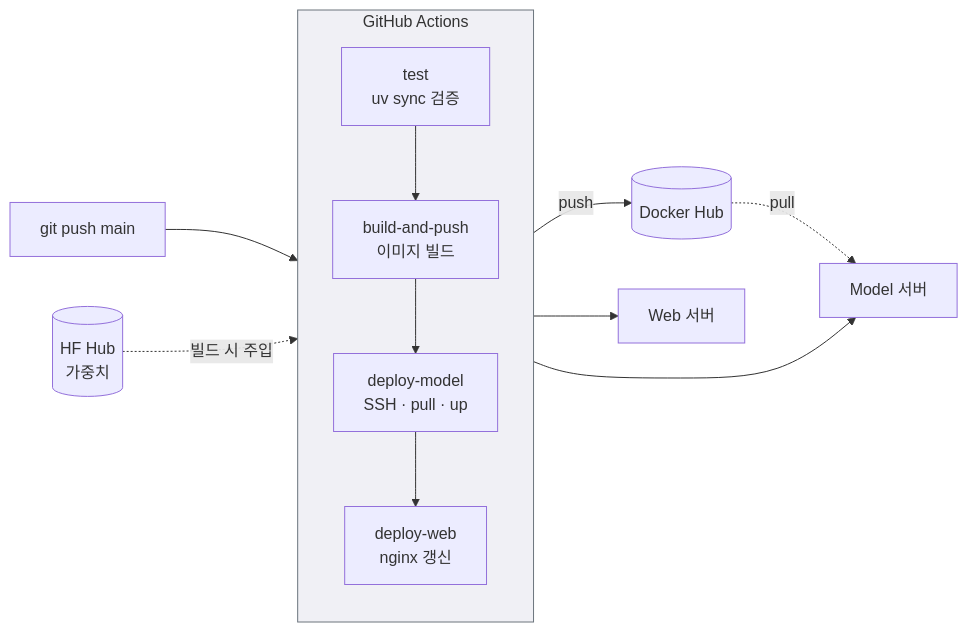
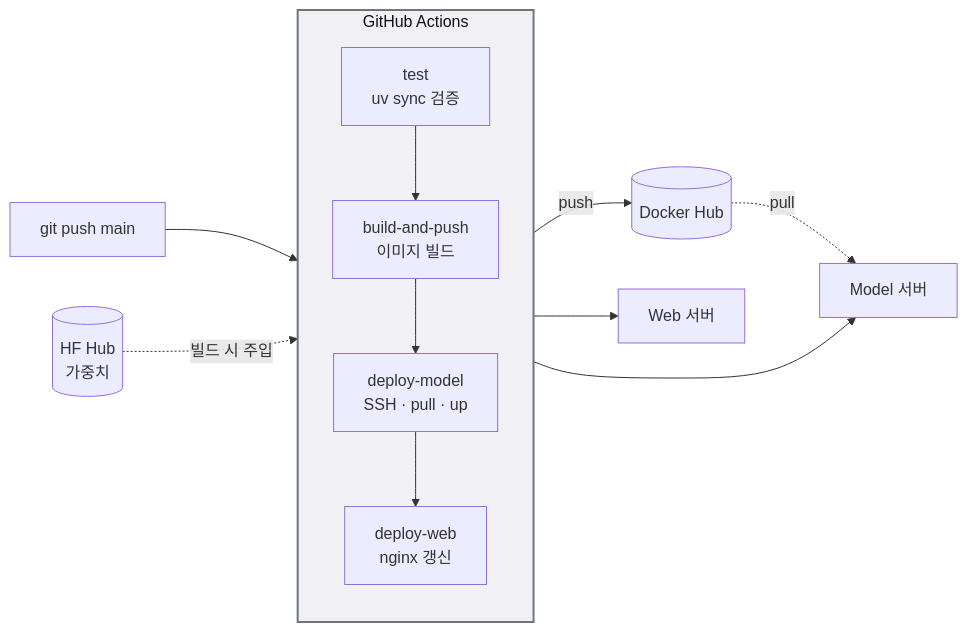
The ninth of 10 diagrams in README.md (Dongju-00/eric-chatagent), drawn with Mermaid before and after one commit. The commit also changed other lines of this file, not shown here.

````diff
--- a/README.md
+++ b/README.md
@@ -503,19 +506,19 @@
 ```mermaid
 flowchart LR
     Push[git push main] --> Test
 
     subgraph GHA["GitHub Actions"]
         direction TB
         Test[test<br/>uv sync 검증] --> Build[build-and-push<br/>이미지 빌드]
         Build --> DM[deploy-model<br/>SSH · pull · up]
         DM --> DW[deploy-web<br/>nginx 갱신]
     end
 
     HF[(HF Hub<br/>가중치)] -.->|빌드 시 주입| Build
     Build -->|push| DH[(Docker Hub)]
     DH -.->|pull| EC2M[Model 서버]
     DM --> EC2M
     DW --> EC2W[Web 서버]
 
-    style GHA fill:#f0f0f5,stroke:#6c757d
+    style GHA fill:#f0f0f5,stroke:#6c757d,stroke-width:2px,color:#111111
 ```
````
